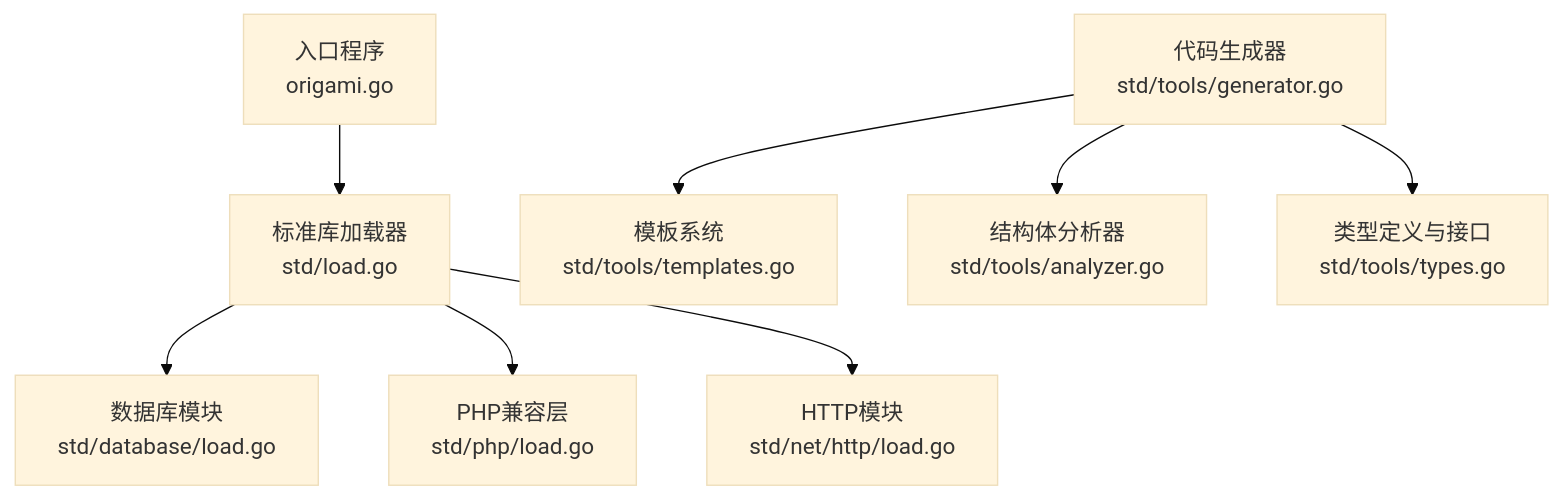
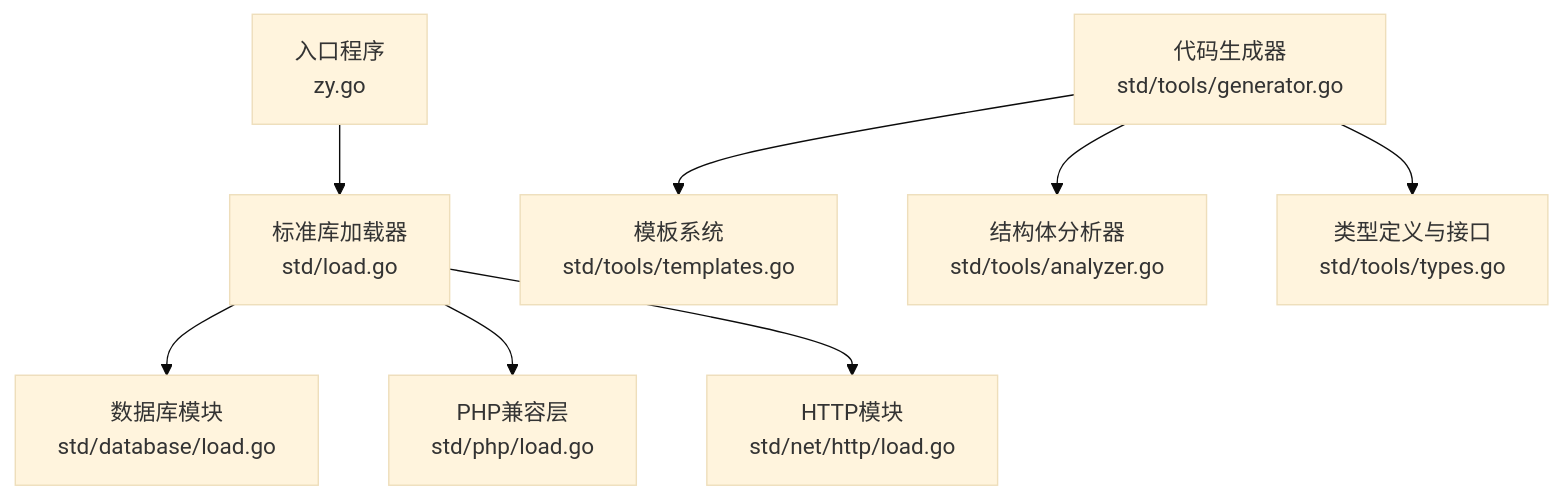
The first of 5 diagrams in .qoder/repowiki/zh/content/扩展开发/标准库扩展开发/自定义模块开发.md (php-any/origami), drawn with Mermaid (base theme) before and after one commit. The commit also changed other lines of this file and 21 other files, not shown here.

````diff
--- a/.qoder/repowiki/zh/content/扩展开发/标准库扩展开发/自定义模块开发.md
+++ b/.qoder/repowiki/zh/content/扩展开发/标准库扩展开发/自定义模块开发.md
@@ -41,10 +41,10 @@
 ```mermaid
 graph TB
-A["入口程序<br/>origami.go"] --> B["标准库加载器<br/>std/load.go"]
+A["入口程序<br/>zy.go"] --> B["标准库加载器<br/>std/load.go"]
 B --> C["数据库模块<br/>std/database/load.go"]
 B --> D["PHP兼容层<br/>std/php/load.go"]
 B --> E["HTTP模块<br/>std/net/http/load.go"]
 F["代码生成器<br/>std/tools/generator.go"] --> G["模板系统<br/>std/tools/templates.go"]
 F --> H["结构体分析器<br/>std/tools/analyzer.go"]
 F --> I["类型定义与接口<br/>std/tools/types.go"]
 ```
````
